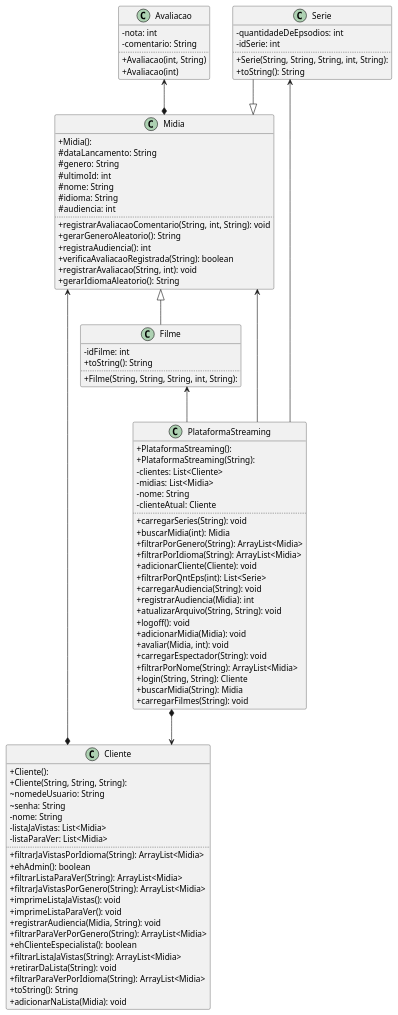
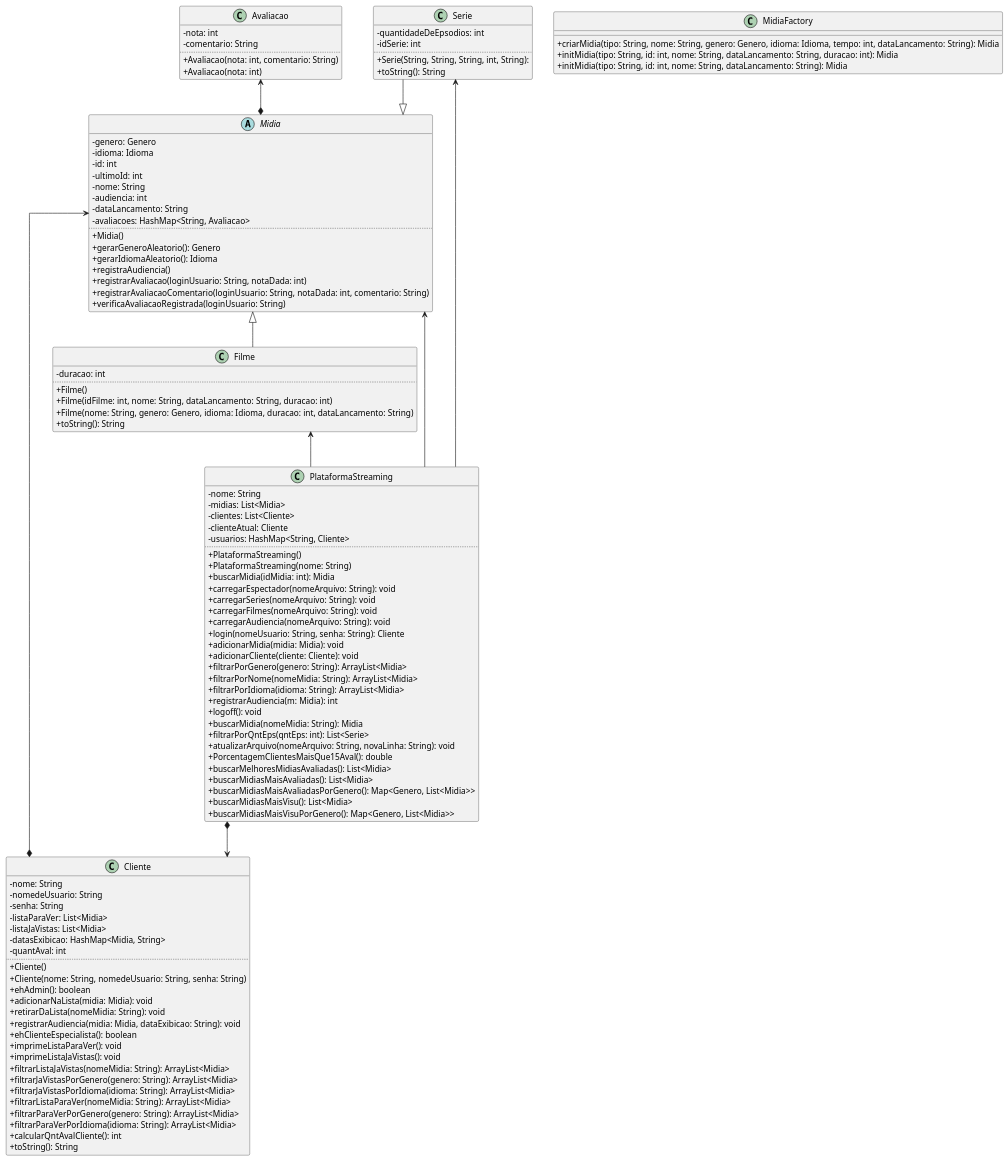
Before and after one commit to DisciplinasProgramacao/lpm_projetos_3_4_5-grupo2: the diagram in docs/diagramas/UML.plantuml, drawn with PlantUML. The commit also changed 17 other files, not shown here.

```diff
--- a/docs/diagramas/UML.plantuml
+++ b/docs/diagramas/UML.plantuml
@@ -1,105 +1,124 @@
 @startuml
 skinparam linetype ortho
 skinparam classAttributeIconSize 0
 
 class Avaliacao {
-  - nota: int
-  - comentario: String
-  ..
-  + Avaliacao(int, String)
-  + Avaliacao(int)
-}
+        - nota: int
+        - comentario: String
+        ..
+        + Avaliacao(nota: int, comentario: String)
+        + Avaliacao(nota: int)
+    }
 
 class Cliente {
-  + Cliente():
-  + Cliente(String, String, String):
-  ~ nomedeUsuario: String
-  ~ senha: String
-  - nome: String
-  - listaJaVistas: List<Midia>
-  - listaParaVer: List<Midia>
-  ..
-  + filtrarJaVistasPorIdioma(String): ArrayList<Midia>
-  + ehAdmin(): boolean
-  + filtrarListaParaVer(String): ArrayList<Midia>
-  + filtrarJaVistasPorGenero(String): ArrayList<Midia>
-  + imprimeListaJaVistas(): void
-  + imprimeListaParaVer(): void
-  + registrarAudiencia(Midia, String): void
-  + filtrarParaVerPorGenero(String): ArrayList<Midia>
-  + ehClienteEspecialista(): boolean
-  + filtrarListaJaVistas(String): ArrayList<Midia>
-  + retirarDaLista(String): void
-  + filtrarParaVerPorIdioma(String): ArrayList<Midia>
-  + toString(): String
-  + adicionarNaLista(Midia): void
-}
+        - nome: String
+        - nomedeUsuario: String
+        - senha: String
+        - listaParaVer: List<Midia>
+        - listaJaVistas: List<Midia>
+        - datasExibicao: HashMap<Midia, String>
+        - quantAval: int
+        ..
+        + Cliente()
+        + Cliente(nome: String, nomedeUsuario: String, senha: String)
+        + ehAdmin(): boolean
+        + adicionarNaLista(midia: Midia): void
+        + retirarDaLista(nomeMidia: String): void
+        + registrarAudiencia(midia: Midia, dataExibicao: String): void
+        + ehClienteEspecialista(): boolean
+        + imprimeListaParaVer(): void
+        + imprimeListaJaVistas(): void
+        + filtrarListaJaVistas(nomeMidia: String): ArrayList<Midia>
+        + filtrarJaVistasPorGenero(genero: String): ArrayList<Midia>
+        + filtrarJaVistasPorIdioma(idioma: String): ArrayList<Midia>
+        + filtrarListaParaVer(nomeMidia: String): ArrayList<Midia>
+        + filtrarParaVerPorGenero(genero: String): ArrayList<Midia>
+        + filtrarParaVerPorIdioma(idioma: String): ArrayList<Midia>
+        + calcularQntAvalCliente(): int
+        + toString(): String
+    }
 
 class Filme {
-  - idFilme: int
-  + toString(): String
-  ..
-  + Filme(String, String, String, int, String):
-}
+        - duracao: int
+        ..
+        + Filme()
+        + Filme(idFilme: int, nome: String, dataLancamento: String, duracao: int)
+        + Filme(nome: String, genero: Genero, idioma: Idioma, duracao: int, dataLancamento: String)
+        + toString(): String
+    }
 
-class Midia {
-  + Midia():
-  # dataLancamento: String
-  # genero: String
-  # ultimoId: int
-  # nome: String
-  # idioma: String
-  # audiencia: int
-  ..
-  + registrarAvaliacaoComentario(String, int, String): void
-  + gerarGeneroAleatorio(): String
-  + registraAudiencia(): int
-  + verificaAvaliacaoRegistrada(String): boolean
-  + registrarAvaliacao(String, int): void
-  + gerarIdiomaAleatorio(): String
-}
+abstract class Midia {
+        - genero: Genero
+        - idioma: Idioma
+        - id: int
+        - ultimoId: int
+        - nome: String
+        - audiencia: int
+        - dataLancamento: String
+        - avaliacoes: HashMap<String, Avaliacao>
+        ..
+        + Midia()
+        + gerarGeneroAleatorio(): Genero
+        + gerarIdiomaAleatorio(): Idioma
+        + registraAudiencia()
+        + registrarAvaliacao(loginUsuario: String, notaDada: int)
+        + registrarAvaliacaoComentario(loginUsuario: String, notaDada: int, comentario: String)
+        + verificaAvaliacaoRegistrada(loginUsuario: String)
+    }
+
+class MidiaFactory {
+        + criarMidia(tipo: String, nome: String, genero: Genero, idioma: Idioma, tempo: int, dataLancamento: String): Midia
+        + initMidia(tipo: String, id: int, nome: String, dataLancamento: String, duracao: int): Midia
+        + initMidia(tipo: String, id: int, nome: String, dataLancamento: String): Midia
+    }
 
 class PlataformaStreaming {
-  + PlataformaStreaming():
-  + PlataformaStreaming(String):
-  - clientes: List<Cliente>
-  - midias: List<Midia>
-  - nome: String
-  - clienteAtual: Cliente
-  ..
-  + carregarSeries(String): void
-  + buscarMidia(int): Midia
-  + filtrarPorGenero(String): ArrayList<Midia>
-  + filtrarPorIdioma(String): ArrayList<Midia>
-  + adicionarCliente(Cliente): void
-  + filtrarPorQntEps(int): List<Serie>
-  + carregarAudiencia(String): void
-  + registrarAudiencia(Midia): int
-  + atualizarArquivo(String, String): void
-  + logoff(): void
-  + adicionarMidia(Midia): void
-  + avaliar(Midia, int): void
-  + carregarEspectador(String): void
-  + filtrarPorNome(String): ArrayList<Midia>
-  + login(String, String): Cliente
-  + buscarMidia(String): Midia
-  + carregarFilmes(String): void
-}
+        - nome: String
+        - midias: List<Midia>
+        - clientes: List<Cliente>
+        - clienteAtual: Cliente
+        - usuarios: HashMap<String, Cliente>
+        ..
+        + PlataformaStreaming()
+        + PlataformaStreaming(nome: String)
+        + buscarMidia(idMidia: int): Midia
+        + carregarEspectador(nomeArquivo: String): void
+        + carregarSeries(nomeArquivo: String): void
+        + carregarFilmes(nomeArquivo: String): void
+        + carregarAudiencia(nomeArquivo: String): void
+        + login(nomeUsuario: String, senha: String): Cliente
+        + adicionarMidia(midia: Midia): void
+        + adicionarCliente(cliente: Cliente): void
+        + filtrarPorGenero(genero: String): ArrayList<Midia>
+        + filtrarPorNome(nomeMidia: String): ArrayList<Midia>
+        + filtrarPorIdioma(idioma: String): ArrayList<Midia>
+        + registrarAudiencia(m: Midia): int
+        + logoff(): void
+        + buscarMidia(nomeMidia: String): Midia
+        + filtrarPorQntEps(qntEps: int): List<Serie>
+        + atualizarArquivo(nomeArquivo: String, novaLinha: String): void
+        + PorcentagemClientesMaisQue15Aval(): double
+        + buscarMelhoresMidiasAvaliadas(): List<Midia>
+        + buscarMidiasMaisAvaliadas(): List<Midia>
+        + buscarMidiasMaisAvaliadasPorGenero(): Map<Genero, List<Midia>>
+        + buscarMidiasMaisVisu(): List<Midia>
+        + buscarMidiasMaisVisuPorGenero(): Map<Genero, List<Midia>>
+    }
 
 class Serie {
   - quantidadeDeEpsodios: int
   - idSerie: int
   ..
   + Serie(String, String, String, int, String):
   + toString(): String
 }
 
 Midia  <--  PlataformaStreaming
 Midia  <|--  Filme
 Serie  --|>  Midia
 Avaliacao  <--*  Midia
 Filme  <--  PlataformaStreaming
 Serie  <--  PlataformaStreaming
 Cliente  *-->  Midia
 PlataformaStreaming  *--> Cliente
 @enduml
```
